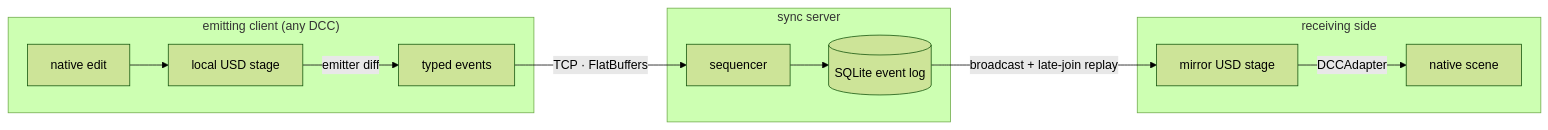
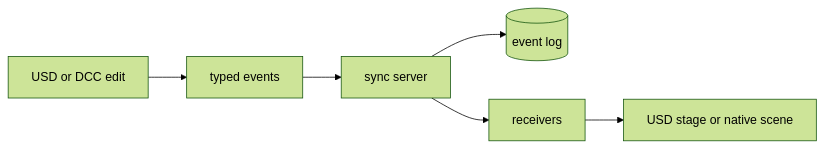
The diagram in README.md (RoboticHuman/OpenUSDConnect), drawn with Mermaid (forest theme) before and after one commit. The commit also changed other lines of this file and 125 other files, not shown here.

````diff
--- a/README.md
+++ b/README.md
@@ -26,15 +12,8 @@
 ```mermaid
 flowchart LR
-    subgraph A["emitting client (any DCC)"]
-        E["native edit"] --> LS["local USD stage"]
-        LS -- "emitter diff" --> EV["typed events"]
-    end
-    EV -- "TCP · FlatBuffers" --> SQ
-    subgraph S["sync server"]
-        SQ["sequencer"] --> LOG[("SQLite event log")]
-    end
-    LOG -- "broadcast + late-join replay" --> MS
-    subgraph B["receiving side"]
-        MS["mirror USD stage"] -- "DCCAdapter" --> N["native scene"]
-    end
+    A["USD or DCC edit"] --> E["typed events"]
+    E --> S["sync server"]
+    S --> L[("event log")]
+    S --> R["receivers"]
+    R --> U["USD stage or native scene"]
 ```
````
